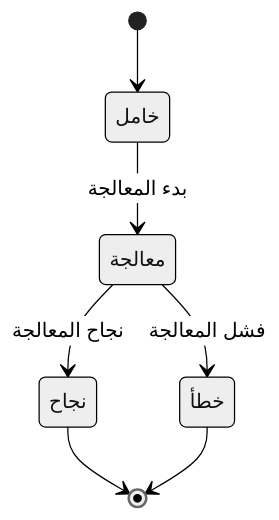
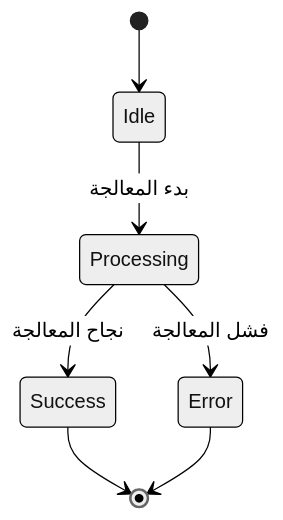
One commit to zccz14/CZON changed the fifth of 7 diagrams in .czon/src/ar-SA/8938d6aac9c056c06137a041b8e82379bfb619bb6d435b9ecec515337dd0cd69.md. Above: the diagram before and after it, drawn with Mermaid (neutral theme). The commit also changed other lines of this file and 148 other files, not shown here.

````diff
--- a/.czon/src/ar-SA/8938d6aac9c056c06137a041b8e82379bfb619bb6d435b9ecec515337dd0cd69.md
+++ b/.czon/src/ar-SA/8938d6aac9c056c06137a041b8e82379bfb619bb6d435b9ecec515337dd0cd69.md
@@ -91,9 +90,9 @@
 ```mermaid
 stateDiagram-v2
-    [*] --> خامل
-    خامل --> معالجة : بدء المعالجة
-    معالجة --> نجاح : نجاح المعالجة
-    معالجة --> خطأ : فشل المعالجة
-    نجاح --> [*]
-    خطأ --> [*]
+    [*] --> Idle
+    Idle --> Processing : بدء المعالجة
+    Processing --> Success : نجاح المعالجة
+    Processing --> Error : فشل المعالجة
+    Success --> [*]
+    Error --> [*]
 ```
````
